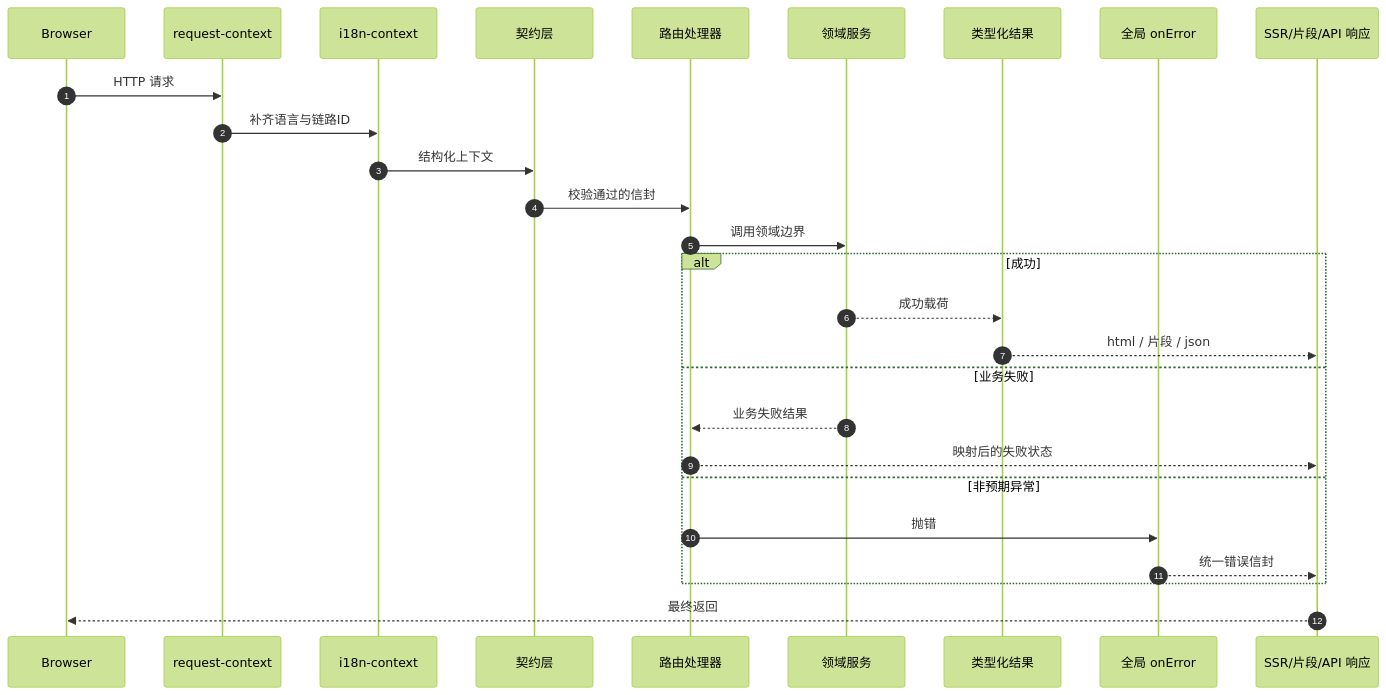
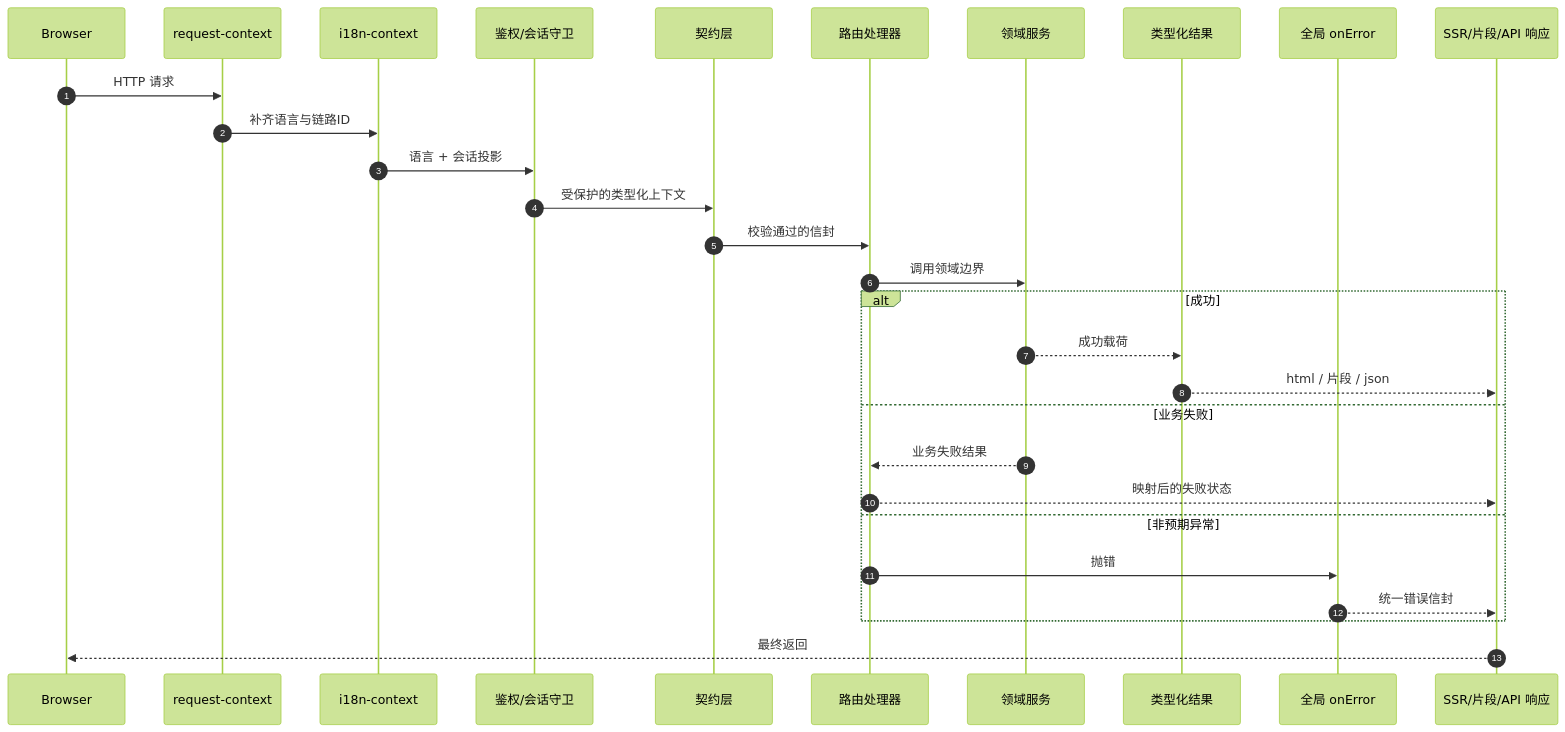
Before and after one commit to d4551/tea: the fourth of 16 diagrams in README.md, drawn with Mermaid (forest theme). The commit also changed other lines of this file and 151 other files, not shown here.

````diff
--- a/README.md
+++ b/README.md
@@ -330,30 +370,32 @@
 ```mermaid
 sequenceDiagram
   autonumber
   participant Browser
   participant Ctx as request-context
   participant I18n as i18n-context
+  participant Guard as 鉴权/会话守卫
   participant Contract as 契约层
   participant Route as 路由处理器
   participant Service as 领域服务
   participant Result as 类型化结果
   participant Error as 全局 onError
   participant Resp as SSR/片段/API 响应
 
   Browser->>Ctx: HTTP 请求
   Ctx->>I18n: 补齐语言与链路ID
-  I18n->>Contract: 结构化上下文
+  I18n->>Guard: 语言 + 会话投影
+  Guard->>Contract: 受保护的类型化上下文
   Contract->>Route: 校验通过的信封
   Route->>Service: 调用领域边界
   alt 成功
     Service-->>Result: 成功载荷
     Result-->>Resp: html / 片段 / json
   else 业务失败
     Service-->>Route: 业务失败结果
     Route-->>Resp: 映射后的失败状态
   else 非预期异常
     Route->>Error: 抛错
     Error-->>Resp: 统一错误信封
   end
   Resp-->>Browser: 最终返回
 ```
````
